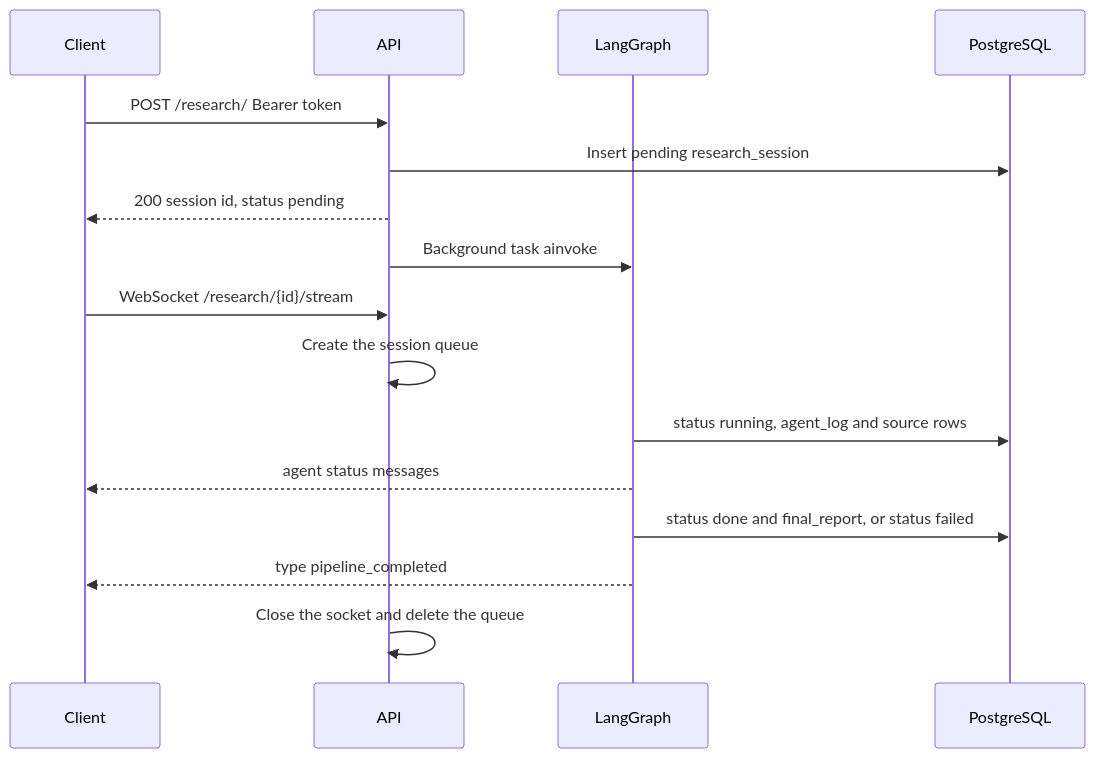
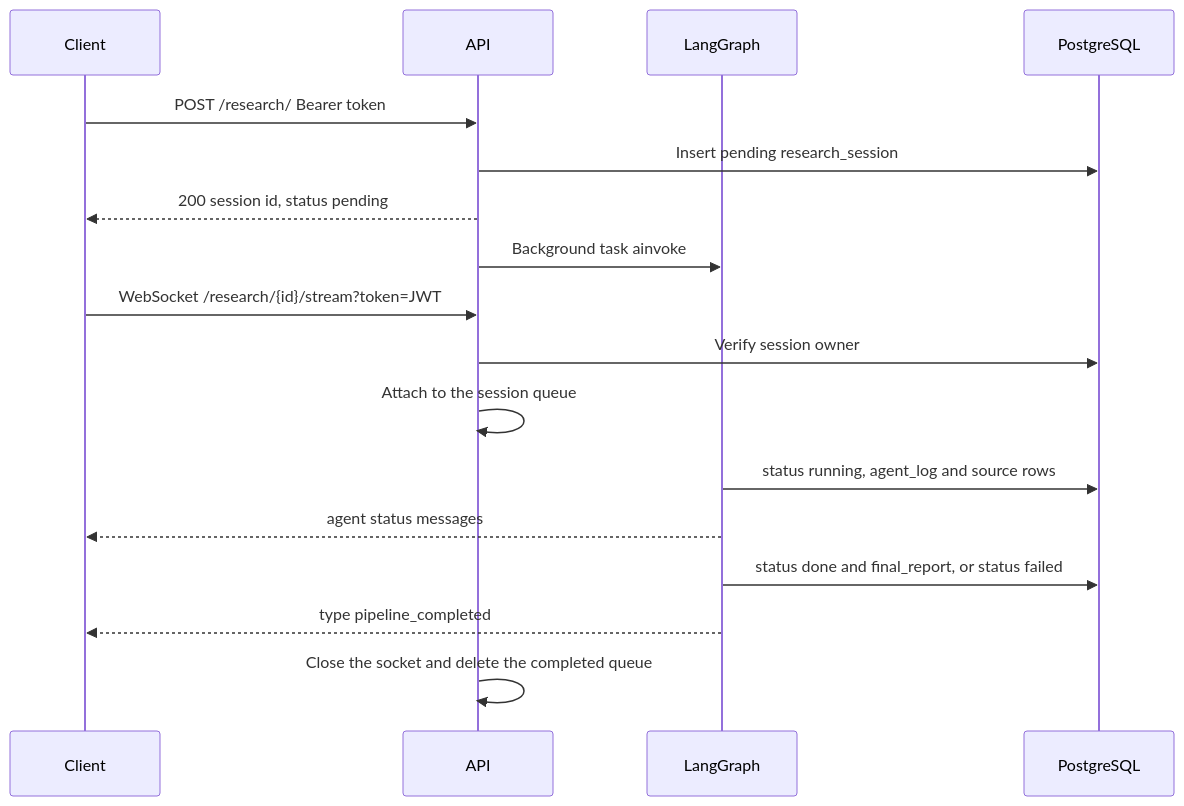
One commit to raosam23/query-nest-backend changed the second of 2 diagrams in README.md. Above: the diagram before and after it, drawn with Mermaid. The commit also changed other lines of this file and 14 other files, not shown here.

````diff
--- a/README.md
+++ b/README.md
@@ -82,19 +84,20 @@
 ```mermaid
 sequenceDiagram
     participant Client
     participant API
     participant Graph as LangGraph
     participant DB as PostgreSQL
 
     Client->>API: POST /research/ Bearer token
     API->>DB: Insert pending research_session
     API-->>Client: 200 session id, status pending
     API->>Graph: Background task ainvoke
-    Client->>API: WebSocket /research/{id}/stream
-    API->>API: Create the session queue
+    Client->>API: WebSocket /research/{id}/stream?token=JWT
+    API->>DB: Verify session owner
+    API->>API: Attach to the session queue
     Graph->>DB: status running, agent_log and source rows
     Graph-->>Client: agent status messages
     Graph->>DB: status done and final_report, or status failed
     Graph-->>Client: type pipeline_completed
-    API->>API: Close the socket and delete the queue
+    API->>API: Close the socket and delete the completed queue
 ```
````
